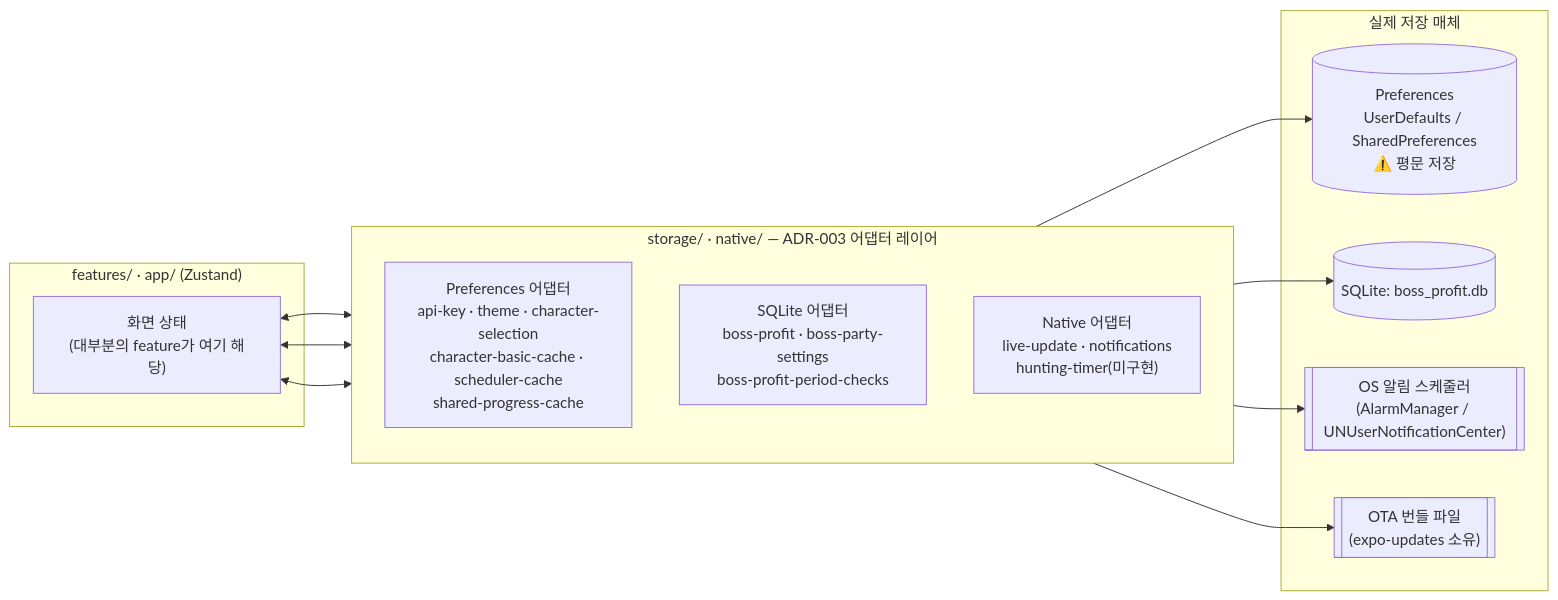
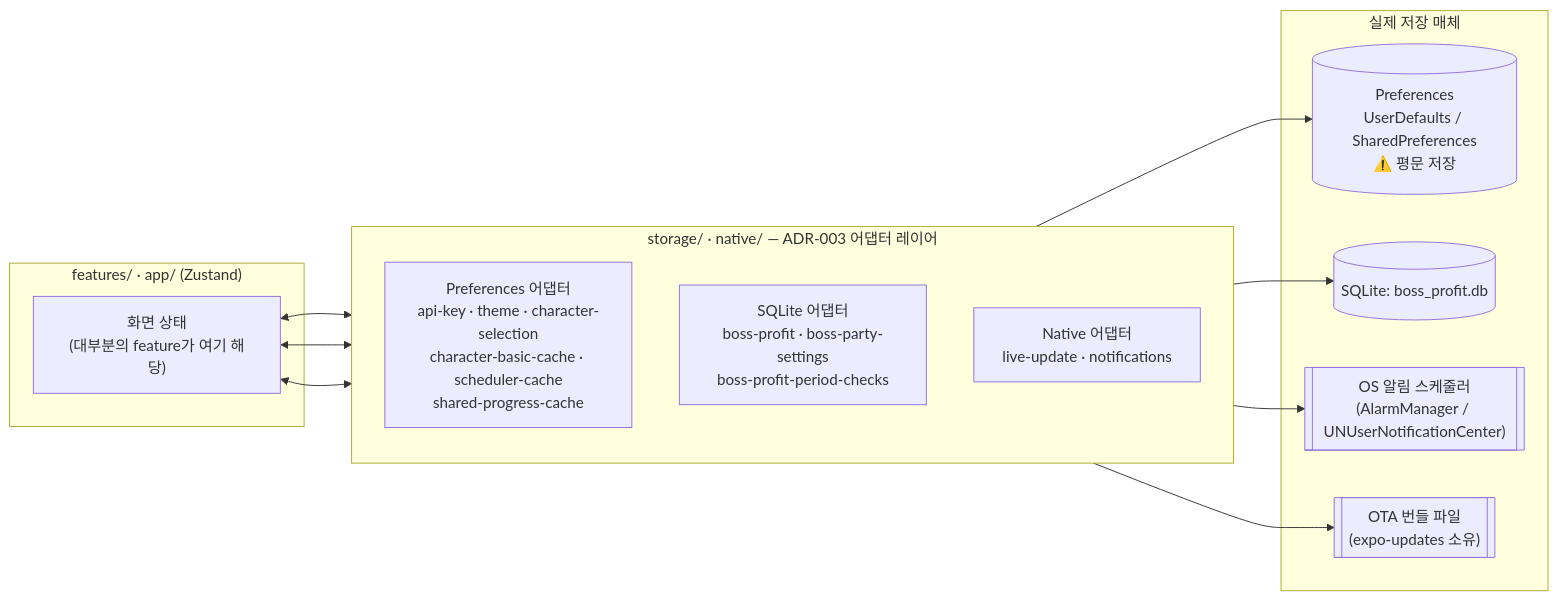
Before and after one commit to jini520/maple-routine: the diagram in docs/persistence/README.md, drawn with Mermaid. The commit also changed other lines of this file and 25 other files, not shown here.

````diff
--- a/docs/persistence/README.md
+++ b/docs/persistence/README.md
@@ -23,28 +23,28 @@
 ```mermaid
 flowchart LR
     subgraph L1[" features/ · app/ (Zustand) "]
         UI["화면 상태\n(대부분의 feature가 여기 해당)"]
     end
 
     subgraph L2[" storage/ · native/ — ADR-003 어댑터 레이어 "]
         direction TB
         PrefAdapters["Preferences 어댑터\napi-key · theme · character-selection\ncharacter-basic-cache · scheduler-cache\nshared-progress-cache"]
         SqlAdapters["SQLite 어댑터\nboss-profit · boss-party-settings\nboss-profit-period-checks"]
-        NativeAdapters["Native 어댑터\nlive-update · notifications\nhunting-timer(미구현)"]
+        NativeAdapters["Native 어댑터\nlive-update · notifications"]
     end
 
     subgraph L3[" 실제 저장 매체 "]
         Pref[("Preferences\nUserDefaults / SharedPreferences\n⚠️ 평문 저장")]
         Sql[("SQLite: boss_profit.db")]
         OS[["OS 알림 스케줄러\n(AlarmManager / UNUserNotificationCenter)"]]
         OTA[["OTA 번들 파일\n(expo-updates 소유)"]]
     end
 
     UI <--> PrefAdapters
     UI <--> SqlAdapters
     UI <--> NativeAdapters
     PrefAdapters --> Pref
     SqlAdapters --> Sql
     NativeAdapters --> OS
     NativeAdapters --> OTA
 ```
````
